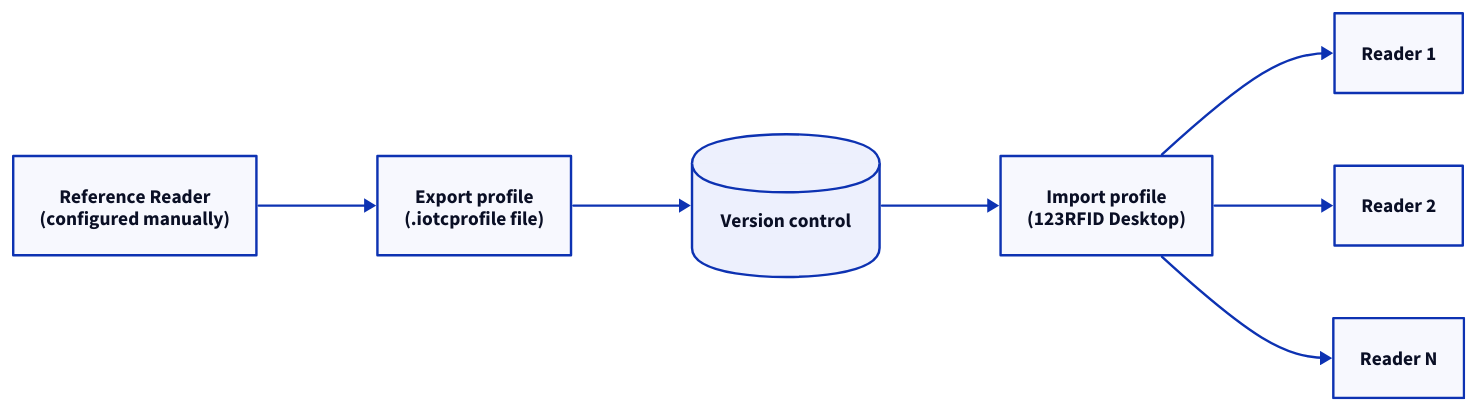
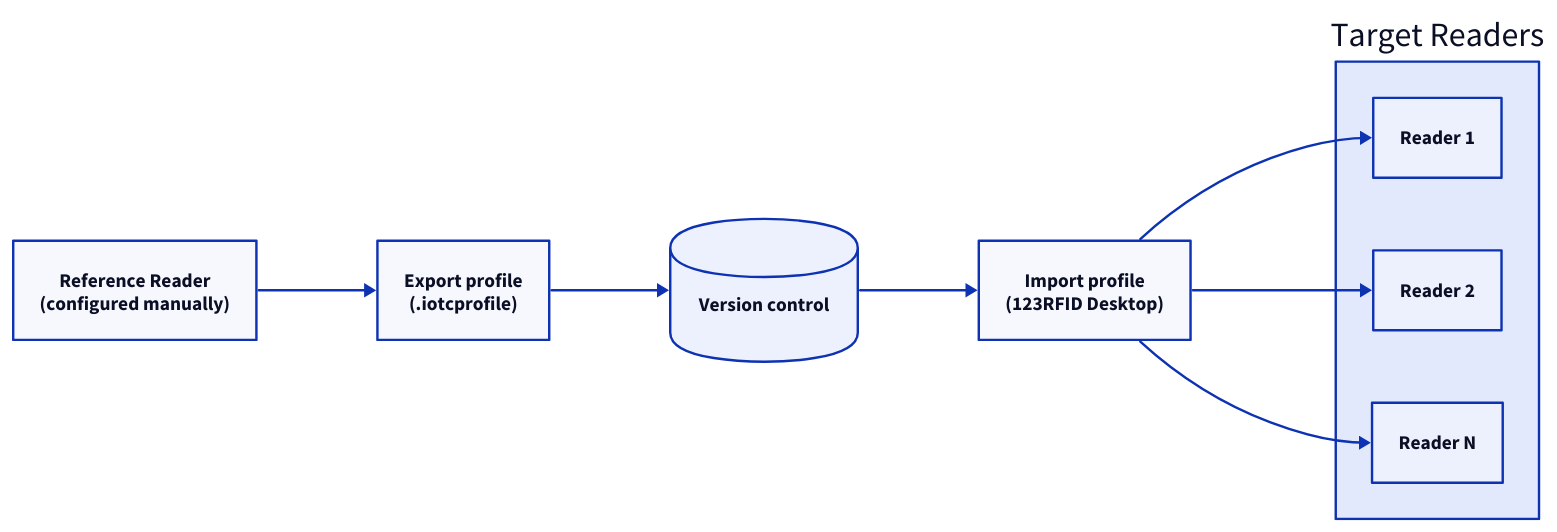
One commit to admiral-ai/zebra-handheld-rfid-iotc changed the diagram in docs/fleet/provisioning/bulk-123rfid.md. Above: the diagram before and after it, drawn with D2. The commit also changed 40 other files, not shown here.

First line of the commit message:
Redesign all 54 D2 diagrams to a unified visual system

````diff
--- a/docs/fleet/provisioning/bulk-123rfid.md
+++ b/docs/fleet/provisioning/bulk-123rfid.md
@@ -37,16 +37,19 @@
 ```d2
 direction: right
 RC: "Reference Reader\n(configured manually)"
-Exp: "Export profile\n(.iotcprofile file)"
+Exp: "Export profile\n(.iotcprofile)"
 VC: Version control { shape: cylinder }
 Imp: "Import profile\n(123RFID Desktop)"
-R1: Reader 1
-R2: Reader 2
-Rn: Reader N
+fleet: Target Readers {
+  R1: Reader 1
+  R2: Reader 2
+  Rn: Reader N
+}
 RC -> Exp
 Exp -> VC
 VC -> Imp
-Imp -> R1
-Imp -> R2
-Imp -> Rn
+Imp -> fleet.R1
+Imp -> fleet.R2
+Imp -> fleet.Rn
+
 ```
````
